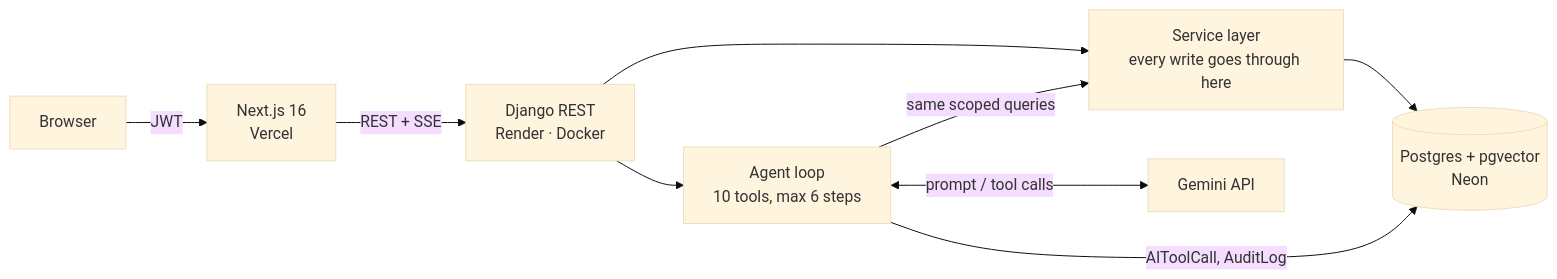
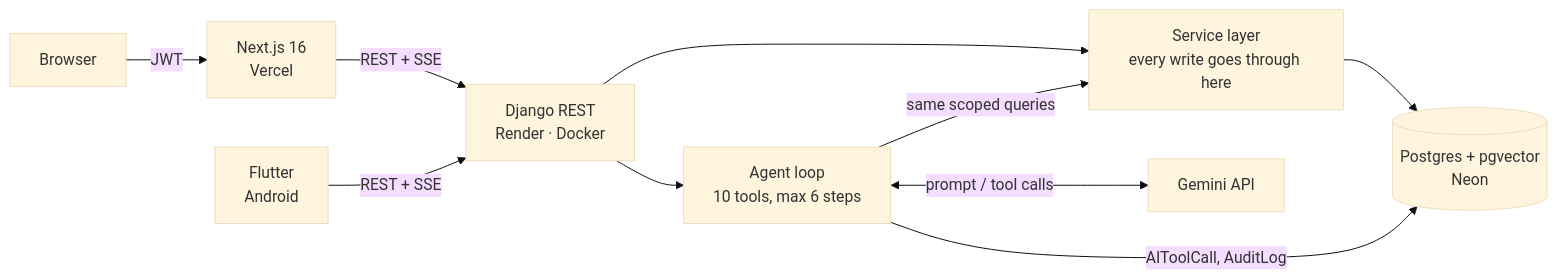
One commit to Mohammed-Rifad/Aura-HR changed the first of 2 diagrams in README.md. Above: the diagram before and after it, drawn with Mermaid (base theme). The commit also changed other lines of this file and 52 other files, not shown here.

````diff
--- a/README.md
+++ b/README.md
@@ -12,19 +15,21 @@
 ```mermaid
 flowchart LR
     B["Browser"]
+    M["Flutter<br/>Android"]
     N["Next.js 16<br/>Vercel"]
     D["Django REST<br/>Render · Docker"]
     S["Service layer<br/>every write goes through here"]
     A["Agent loop<br/>10 tools, max 6 steps"]
     P[("Postgres + pgvector<br/>Neon")]
     G["Gemini API"]
 
     B -->|JWT| N
     N -->|REST + SSE| D
+    M -->|"REST + SSE"| D
     D --> S
     D --> A
     A -->|"same scoped queries"| S
     A <-->|"prompt / tool calls"| G
     S --> P
     A -->|"AIToolCall, AuditLog"| P
 ```
````
